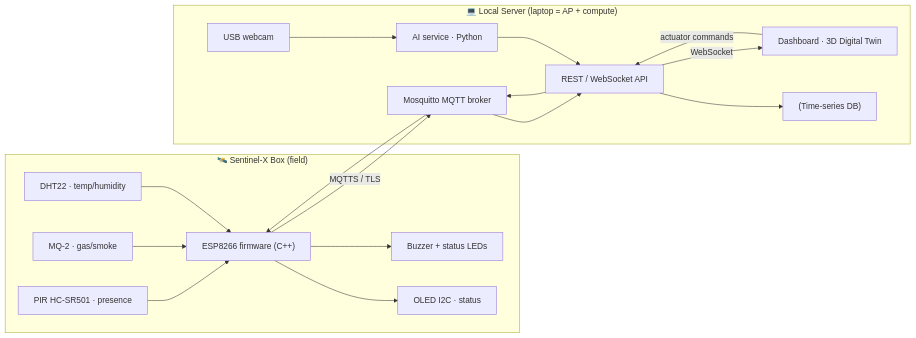
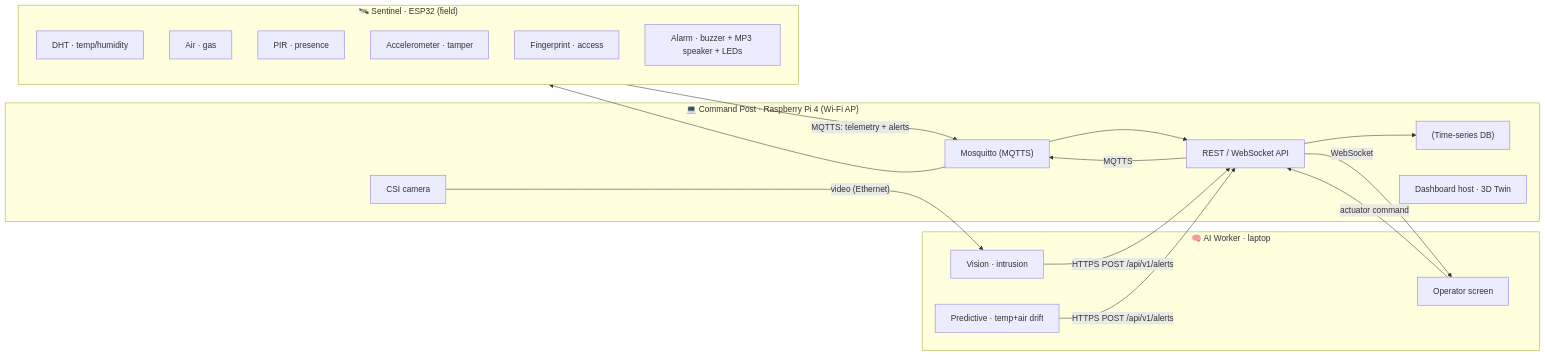
The diagram in README.md (ArthurPoncin/sentinel-x), drawn with Mermaid before and after one commit. The commit also changed other lines of this file and 10 other files, not shown here.

First line of the commit message:
Lock architecture after brainstorm: 3-node, ESP32, Pi Command Post

````diff
--- a/README.md
+++ b/README.md
@@ -37,33 +37,33 @@
 ```mermaid
 flowchart LR
-    subgraph box["🛰️ Sentinel-X Box (field)"]
-        ESP["ESP8266 firmware (C++)"]
-        DHT["DHT22 · temp/humidity"]
-        MQ["MQ-2 · gas/smoke"]
-        PIR["PIR HC-SR501 · presence"]
-        OLED["OLED I2C · status"]
-        ACT["Buzzer + status LEDs"]
-        DHT --> ESP
-        MQ --> ESP
-        PIR --> ESP
-        ESP --> OLED
-        ESP --> ACT
+    subgraph sentinel["🛰️ Sentinel · ESP32 (field)"]
+        DHT["DHT · temp/humidity"]
+        AIR["Air · gas"]
+        PIR["PIR · presence"]
+        ACC["Accelerometer · tamper"]
+        FP["Fingerprint · access"]
+        ALARM["Alarm · buzzer + MP3 speaker + LEDs"]
     end
 
-    subgraph server["💻 Local Server (laptop = AP + compute)"]
-        BROKER["Mosquitto MQTT broker"]
+    subgraph cp["💻 Command Post · Raspberry Pi 4 (Wi-Fi AP)"]
+        BROKER["Mosquitto (MQTTS)"]
         API["REST / WebSocket API"]
         DB["(Time-series DB)"]
-        AI["AI service · Python"]
-        CAM["USB webcam"]
-        DASH["Dashboard · 3D Digital Twin"]
+        CAM["CSI camera"]
+        DASH["Dashboard host · 3D Twin"]
     end
 
-    ESP -- "MQTTS / TLS" --> BROKER
-    BROKER --> API
-    API --> DB
-    CAM --> AI
-    AI --> API
-    API -- "WebSocket" --> DASH
-    DASH -- "actuator commands" --> API --> BROKER --> ESP
+    subgraph worker["🧠 AI Worker · laptop"]
+        VISION["Vision · intrusion"]
+        PRED["Predictive · temp+air drift"]
+        SCREEN["Operator screen"]
+    end
+
+    sentinel -- "MQTTS: telemetry + alerts" --> BROKER
+    BROKER --> API --> DB
+    CAM -- "video (Ethernet)" --> VISION
+    VISION -- "HTTPS POST /api/v1/alerts" --> API
+    PRED -- "HTTPS POST /api/v1/alerts" --> API
+    API -- "WebSocket" --> SCREEN
+    SCREEN -- "actuator command" --> API -- "MQTTS" --> BROKER --> sentinel
 ```
````
